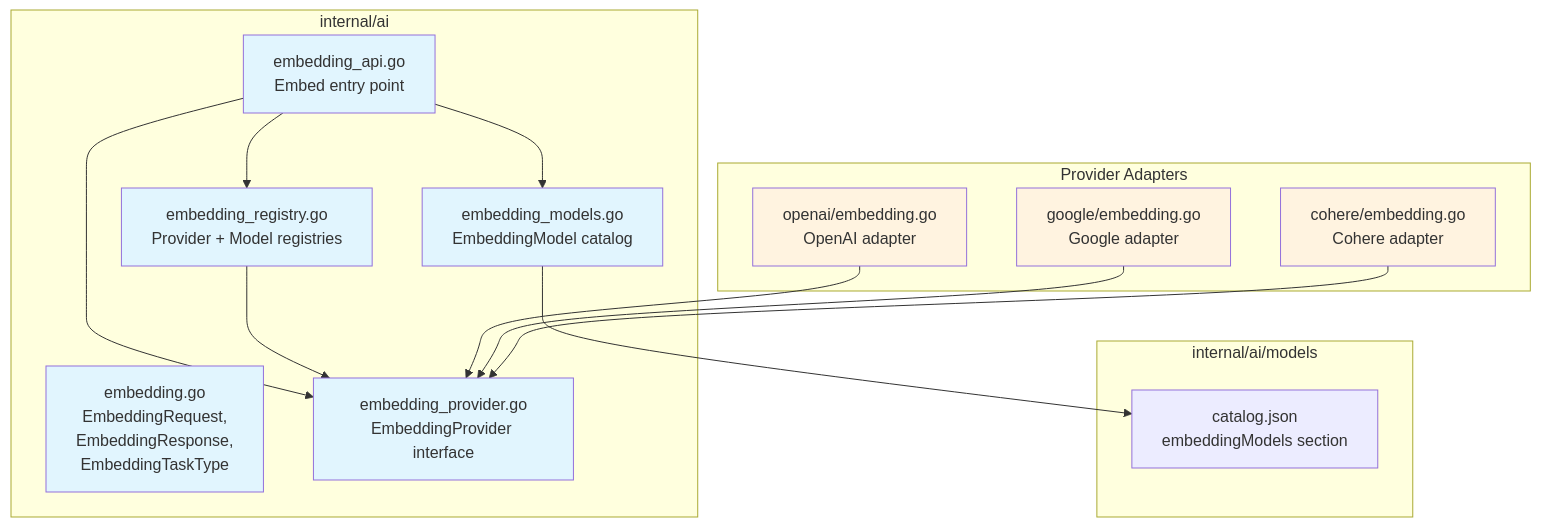
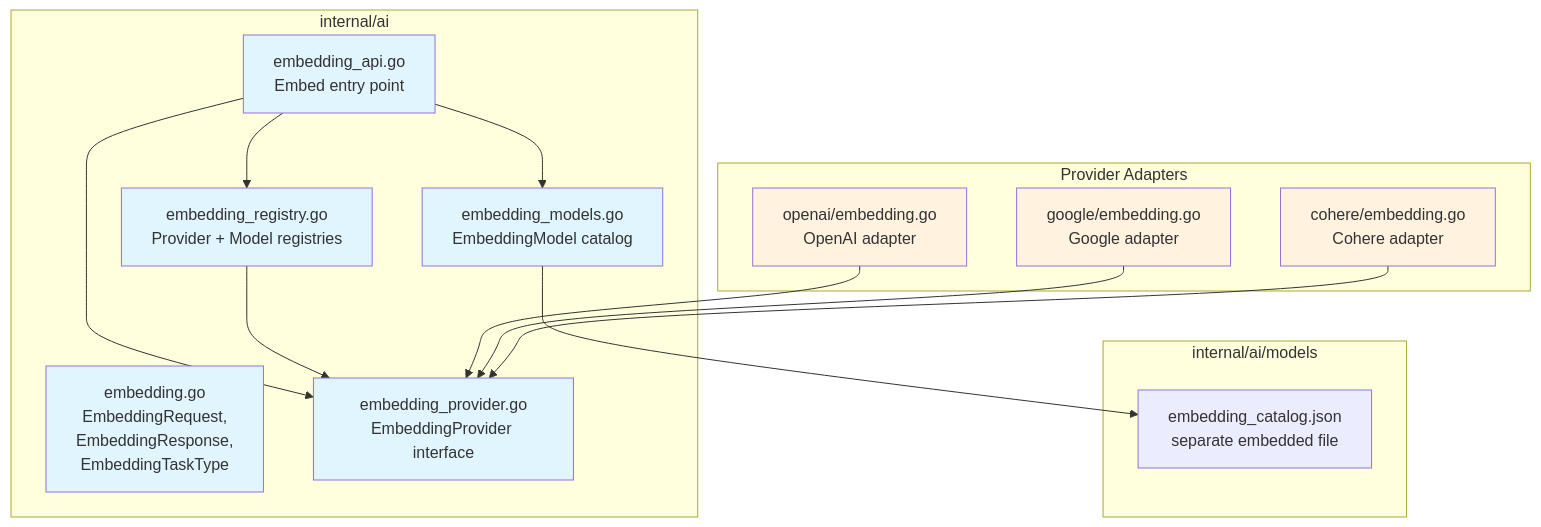
Before and after one commit to dcosson/flex-agent-runtime: the first of 2 diagrams in docs/plans/01-ai-core.add01.md, drawn with Mermaid. The commit also changed other lines of this file and 2 other files, not shown here.

````diff
--- a/docs/plans/01-ai-core.add01.md
+++ b/docs/plans/01-ai-core.add01.md
@@ -424,38 +537,38 @@
 ```mermaid
 graph TB
     subgraph "internal/ai"
         embed_types[embedding.go<br/>EmbeddingRequest,<br/>EmbeddingResponse,<br/>EmbeddingTaskType]
         embed_provider[embedding_provider.go<br/>EmbeddingProvider interface]
         embed_registry[embedding_registry.go<br/>Provider + Model registries]
         embed_api[embedding_api.go<br/>Embed entry point]
         embed_models[embedding_models.go<br/>EmbeddingModel catalog]
     end
 
     subgraph "Provider Adapters"
         openai_embed[openai/embedding.go<br/>OpenAI adapter]
         google_embed[google/embedding.go<br/>Google adapter]
         cohere_embed[cohere/embedding.go<br/>Cohere adapter]
     end
 
     subgraph "internal/ai/models"
-        catalog[catalog.json<br/>embeddingModels section]
+        catalog[embedding_catalog.json<br/>separate embedded file]
     end
 
     embed_api --> embed_registry
     embed_api --> embed_provider
     embed_api --> embed_models
     embed_registry --> embed_provider
     embed_models --> catalog
     openai_embed --> embed_provider
     google_embed --> embed_provider
     cohere_embed --> embed_provider
 
     style embed_types fill:#e1f5fe
     style embed_provider fill:#e1f5fe
     style embed_registry fill:#e1f5fe
     style embed_api fill:#e1f5fe
     style embed_models fill:#e1f5fe
     style openai_embed fill:#fff3e0
     style google_embed fill:#fff3e0
     style cohere_embed fill:#fff3e0
 ```
````
